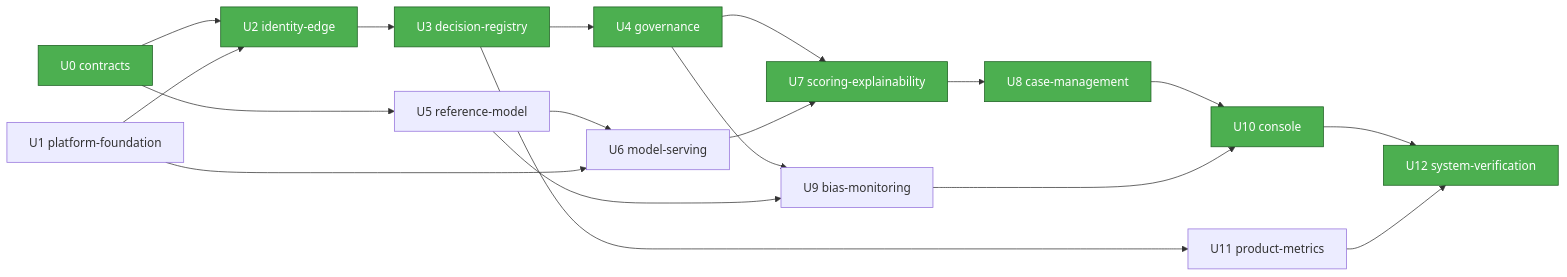
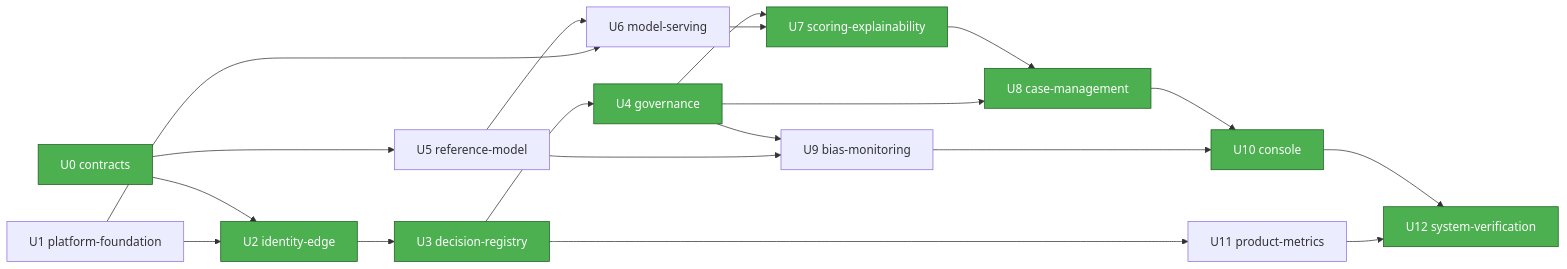
Before and after one commit to jjlloobb/topicos-especiales-credito-de-vivienda: the diagram in vectra-risk/aidlc-docs/inception/application-design/unit-of-work-dependency.md, drawn with Mermaid. The commit also changed other lines of this file and 96 other files, not shown here.

````diff
--- a/vectra-risk/aidlc-docs/inception/application-design/unit-of-work-dependency.md
+++ b/vectra-risk/aidlc-docs/inception/application-design/unit-of-work-dependency.md
@@ -40,43 +40,44 @@
 ```mermaid
 flowchart LR
     U0["U0 contracts"]
     U1["U1 platform-foundation"]
     U2["U2 identity-edge"]
     U3["U3 decision-registry"]
     U4["U4 governance"]
     U5["U5 reference-model"]
     U6["U6 model-serving"]
     U7["U7 scoring-explainability"]
     U8["U8 case-management"]
     U9["U9 bias-monitoring"]
     U10["U10 console"]
     U11["U11 product-metrics"]
     U12["U12 system-verification"]
 
     U0 --> U2
     U1 --> U2
     U2 --> U3
     U3 --> U4
     U0 --> U5
     U5 --> U6
     U1 --> U6
     U4 --> U7
     U6 --> U7
     U7 --> U8
+    U4 --> U8
     U4 --> U9
     U5 --> U9
     U8 --> U10
     U9 --> U10
     U3 --> U11
     U10 --> U12
     U11 --> U12
 
     style U0 fill:#4CAF50,stroke:#1B5E20,color:#fff
     style U2 fill:#4CAF50,stroke:#1B5E20,color:#fff
     style U3 fill:#4CAF50,stroke:#1B5E20,color:#fff
     style U4 fill:#4CAF50,stroke:#1B5E20,color:#fff
     style U7 fill:#4CAF50,stroke:#1B5E20,color:#fff
     style U8 fill:#4CAF50,stroke:#1B5E20,color:#fff
     style U10 fill:#4CAF50,stroke:#1B5E20,color:#fff
     style U12 fill:#4CAF50,stroke:#1B5E20,color:#fff
 ```
````
